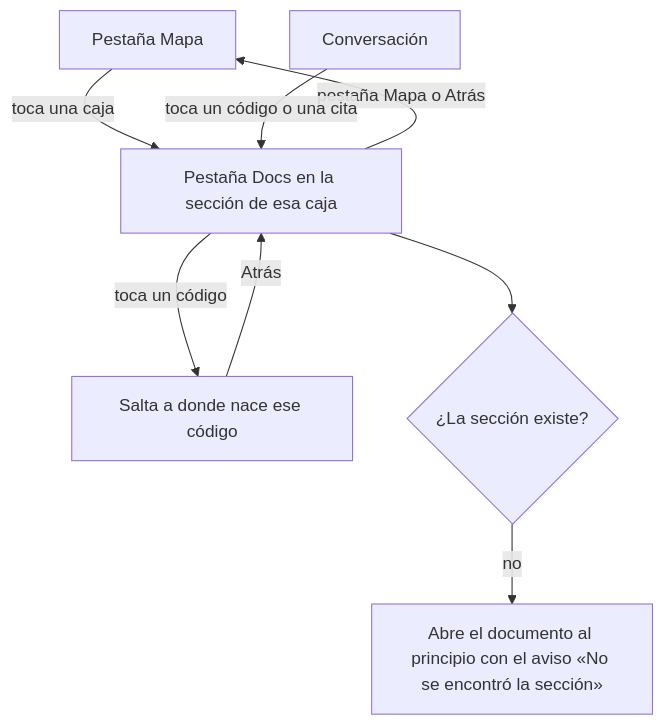
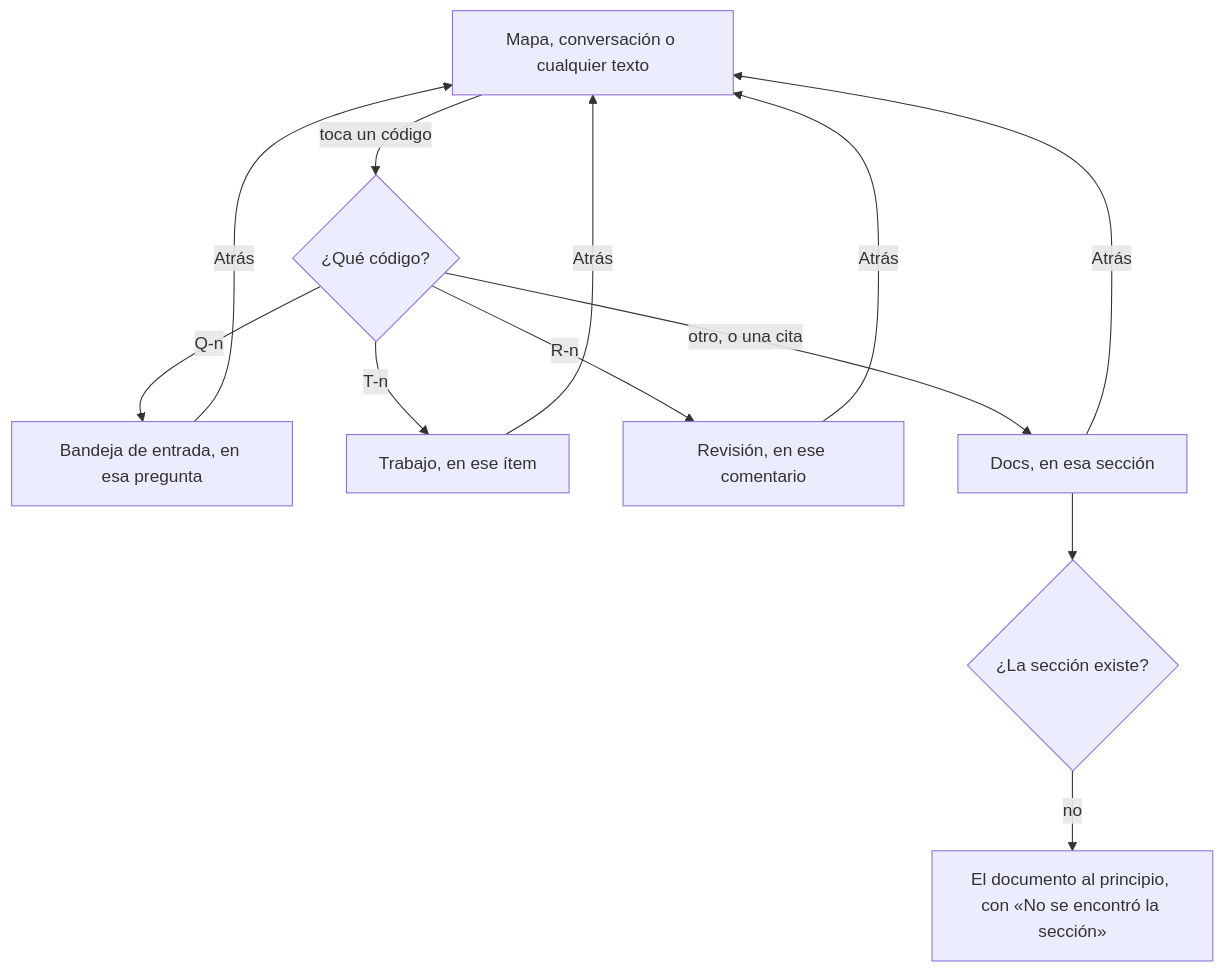
The fourth of 9 diagrams in docs/04-ux.md (LlanosLautaro/Iridium), drawn with Mermaid before and after one commit. The commit also changed other lines of this file and 13 other files, not shown here.

````diff
--- a/docs/04-ux.md
+++ b/docs/04-ux.md
@@ -201,10 +237,11 @@
 ```mermaid
 flowchart TD
-  A[Pestaña Mapa] -->|toca una caja| B[Pestaña Docs en la sección de esa caja]
-  B -->|toca un código| C[Salta a donde nace ese código]
-  C -->|Atrás| B
-  B -->|pestaña Mapa o Atrás| A
-  D[Conversación] -->|toca un código o una cita| B
-  B --> E{¿La sección existe?}
-  E -->|no| F[Abre el documento al principio con el aviso «No se encontró la sección»]
+  A[Mapa, conversación o cualquier texto] -->|toca un código| B{¿Qué código?}
+  B -->|Q-n| C[Bandeja de entrada, en esa pregunta]
+  B -->|T-n| D[Trabajo, en ese ítem]
+  B -->|R-n| E[Revisión, en ese comentario]
+  B -->|otro, o una cita| F[Docs, en esa sección]
+  F --> G{¿La sección existe?}
+  G -->|no| H[El documento al principio, con «No se encontró la sección»]
+  C & D & E & F -->|Atrás| A
 ```
````
